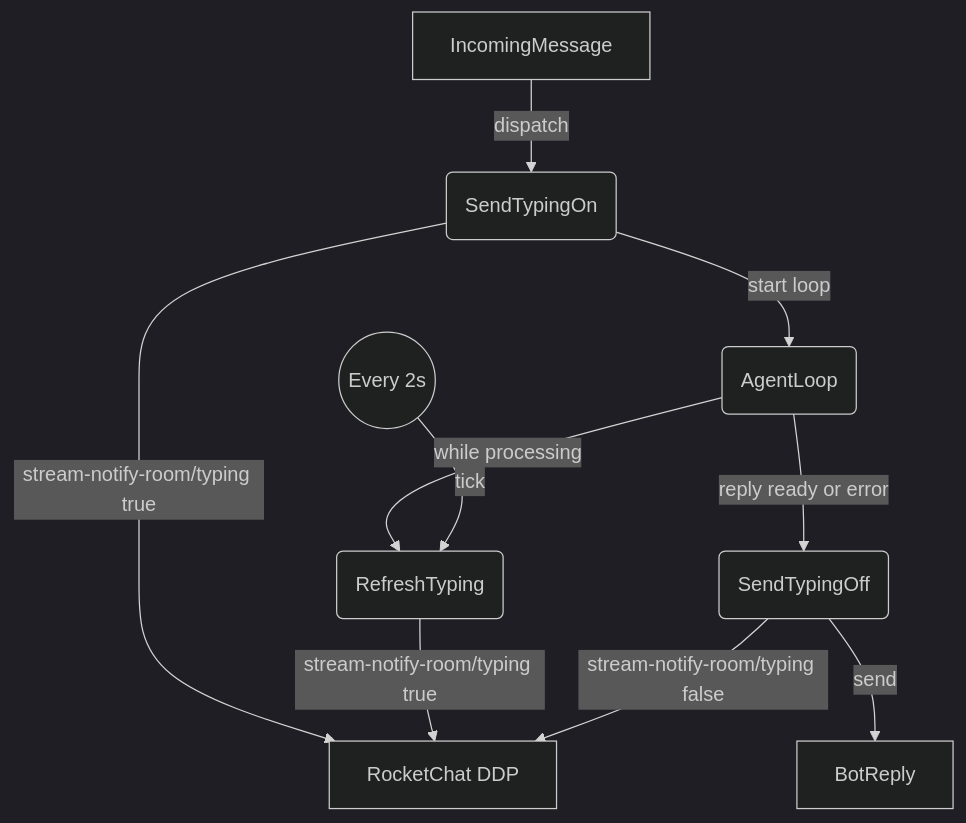
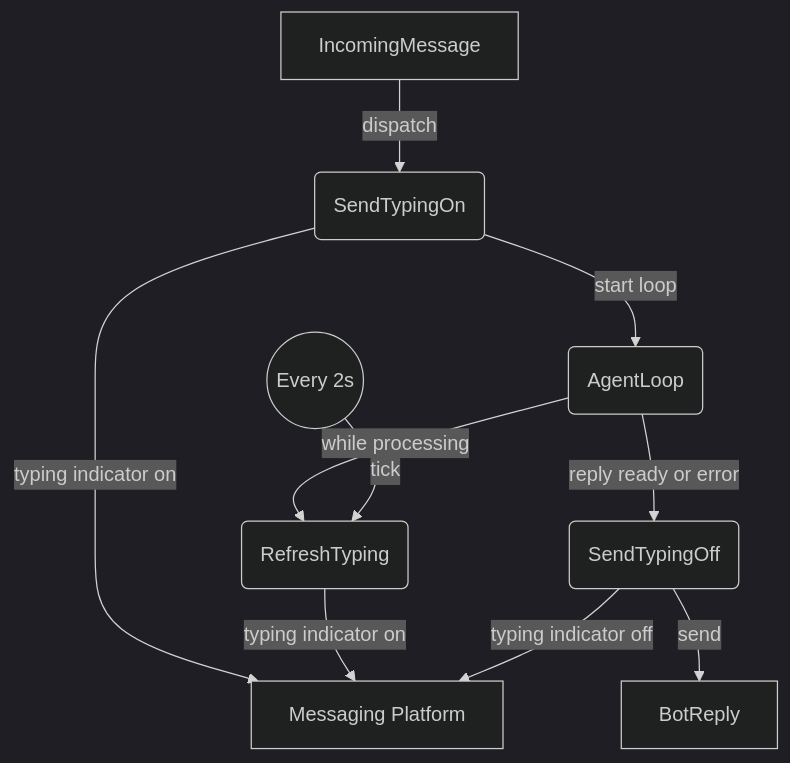
One commit to cosmoswafer/rockbot changed the fourth of 4 diagrams in _dfd/agent/agent-loop.md. Above: the diagram before and after it, drawn with Mermaid (dark theme). The commit also changed other lines of this file and 6 other files, not shown here.

````diff
--- a/_dfd/agent/agent-loop.md
+++ b/_dfd/agent/agent-loop.md
@@ -143,21 +157,21 @@
 ```mermaid
 flowchart TD
-    RC[RocketChat DDP]
+    PLATFORM[Messaging Platform]
     MSG[IncomingMessage]
     START_TYPING(SendTypingOn)
     HEARTBEAT(RefreshTyping)
     TIMER((Every 2s))
     PROCESS(AgentLoop)
     STOP_TYPING(SendTypingOff)
     REPLY[BotReply]
 
     MSG -->|"dispatch"| START_TYPING
-    START_TYPING -->|"stream-notify-room/typing true"| RC
+    START_TYPING -->|"typing indicator on"| PLATFORM
     START_TYPING -->|"start loop"| PROCESS
     PROCESS -->|"while processing"| HEARTBEAT
     TIMER -->|"tick"| HEARTBEAT
-    HEARTBEAT -->|"stream-notify-room/typing true"| RC
+    HEARTBEAT -->|"typing indicator on"| PLATFORM
     PROCESS -->|"reply ready or error"| STOP_TYPING
-    STOP_TYPING -->|"stream-notify-room/typing false"| RC
+    STOP_TYPING -->|"typing indicator off"| PLATFORM
     STOP_TYPING -->|"send"| REPLY
 ```
````
